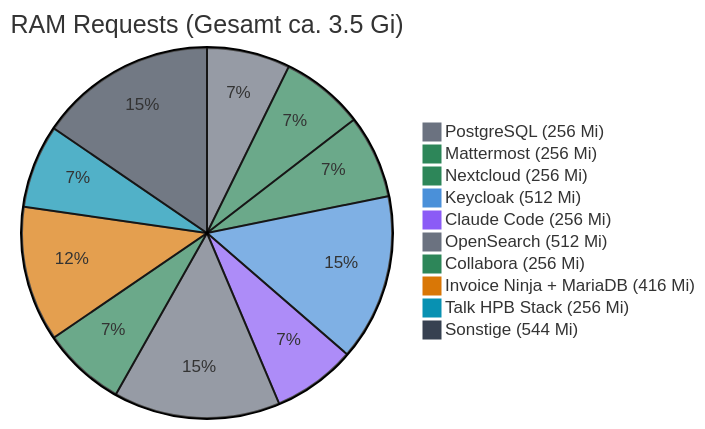
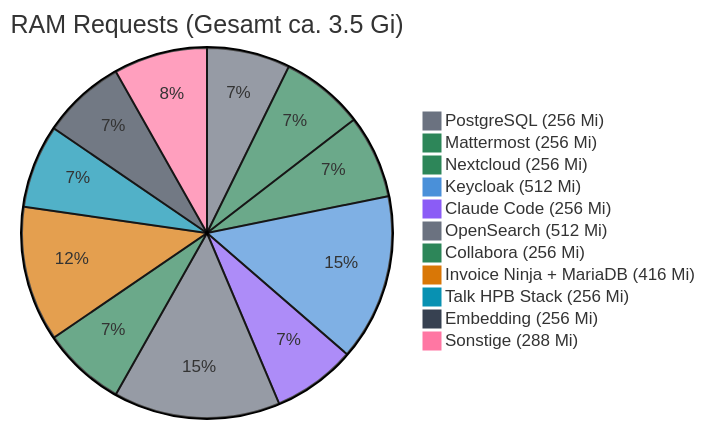
Before and after one commit to Paddione/Bachelorprojekt: the diagram in docs/services.md, drawn with Mermaid. The commit also changed other lines of this file and 11 other files, not shown here.

````diff
--- a/docs/services.md
+++ b/docs/services.md
@@ -250,14 +277,15 @@
 ```mermaid
 %%{init: {'theme': 'base', 'themeVariables': {'pie1': '#6b7280', 'pie2': '#2d8659', 'pie3': '#2d8659', 'pie4': '#4a90d9', 'pie5': '#8b5cf6', 'pie6': '#6b7280', 'pie7': '#2d8659', 'pie8': '#d97706', 'pie9': '#0891b2', 'pie10': '#374151'}}}%%
 pie title RAM Requests (Gesamt ca. 3.5 Gi)
     "PostgreSQL (256 Mi)" : 256
     "Mattermost (256 Mi)" : 256
     "Nextcloud (256 Mi)" : 256
     "Keycloak (512 Mi)" : 512
     "Claude Code (256 Mi)" : 256
     "OpenSearch (512 Mi)" : 512
     "Collabora (256 Mi)" : 256
     "Invoice Ninja + MariaDB (416 Mi)" : 416
     "Talk HPB Stack (256 Mi)" : 256
-    "Sonstige (544 Mi)" : 544
+    "Embedding (256 Mi)" : 256
+    "Sonstige (288 Mi)" : 288
 ```
````
